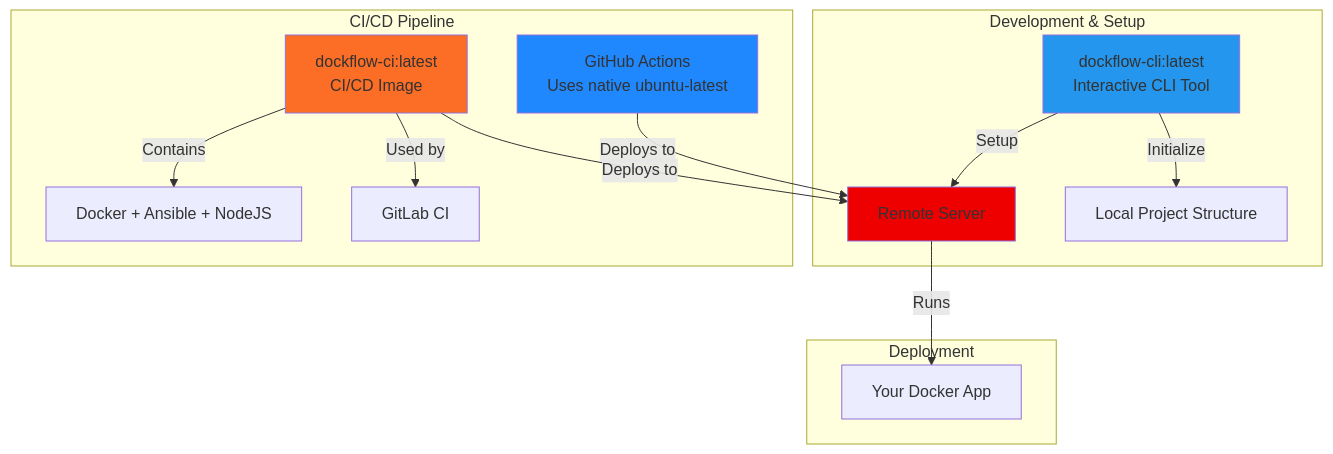
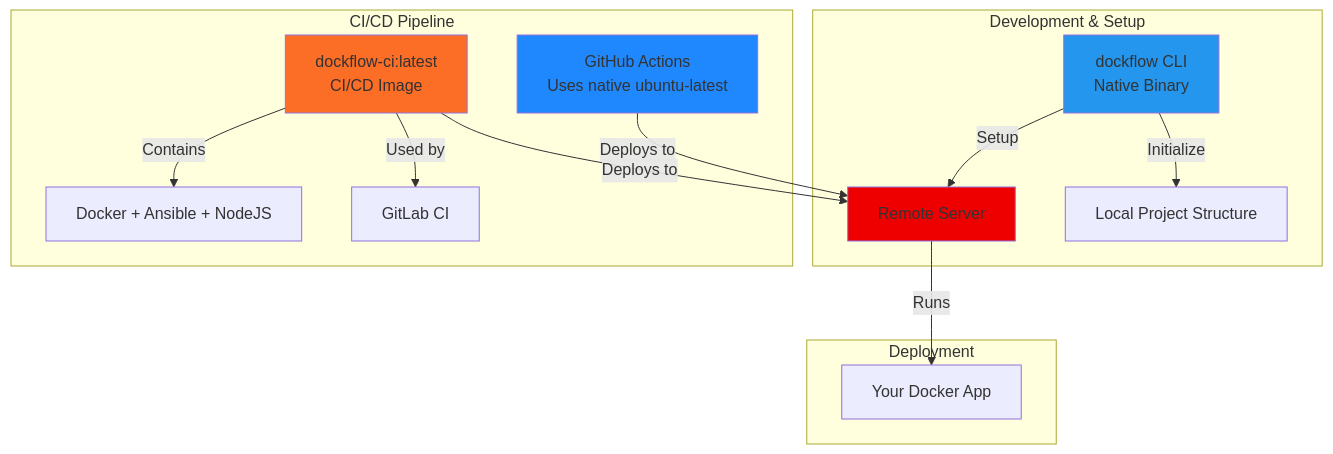
The diagram in CONTRIBUTE.md (Shawiizz/dockflow), drawn with Mermaid before and after one commit. The commit also changed other lines of this file and 56 other files, not shown here.

Commit message:
refactor: cli into a binary executable using bun

````diff
--- a/CONTRIBUTE.md
+++ b/CONTRIBUTE.md
@@ -9,26 +9,26 @@
 ```mermaid
 graph TB
     subgraph "Development & Setup"
-        CLI[dockflow-cli:latest<br/>Interactive CLI Tool]
+        CLI[dockflow CLI<br/>Native Binary]
         CLI -->|Setup| Remote[Remote Server]
         CLI -->|Initialize| Local[Local Project Structure]
     end
     
     subgraph "CI/CD Pipeline"
         CI[dockflow-ci:latest<br/>CI/CD Image]
         CI -->|Contains| Tools[Docker + Ansible + NodeJS]
         CI -->|Used by| GitLab[GitLab CI]
         GitHub[GitHub Actions<br/>Uses native ubuntu-latest]
     end
     
     subgraph "Deployment"
         CI -->|Deploys to| Remote
         GitHub -->|Deploys to| Remote
         Remote -->|Runs| App[Your Docker App]
     end
     
     style CLI fill:#2496ED
     style CI fill:#FC6D26
     style GitHub fill:#2088FF
     style Remote fill:#EE0000
 ```
````
